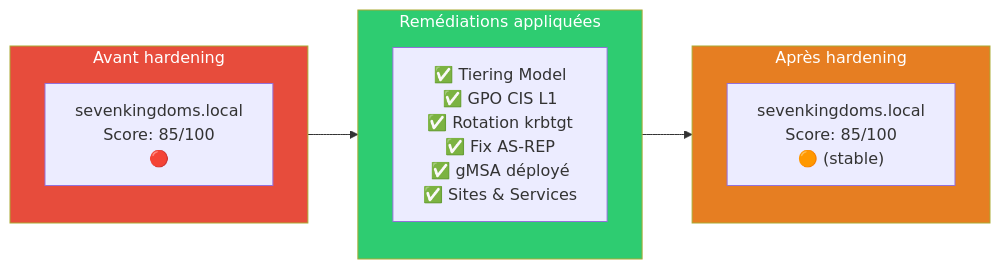
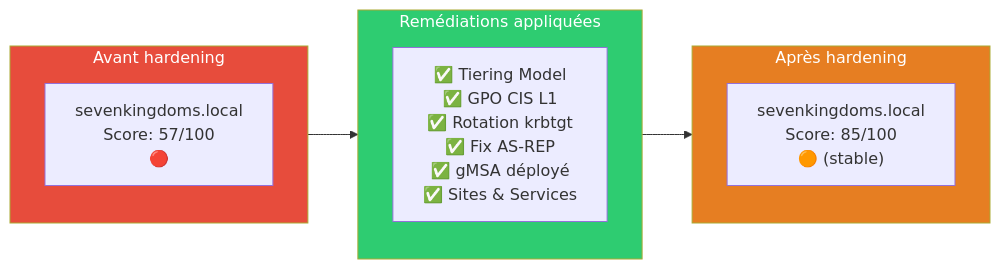
One commit to hikenroot/hikenroot-forge changed the diagram in docs/labs/identity-lab/bloc1-ad-onprem/SC-ID-009-pingcastle-post-hardening.md. Above: the diagram before and after it, drawn with Mermaid. The commit also changed other lines of this file, not shown here.

````diff
--- a/docs/labs/identity-lab/bloc1-ad-onprem/SC-ID-009-pingcastle-post-hardening.md
+++ b/docs/labs/identity-lab/bloc1-ad-onprem/SC-ID-009-pingcastle-post-hardening.md
@@ -31,20 +31,20 @@
 ```mermaid
 graph LR
     subgraph AVANT["Avant hardening"]
-        A["sevenkingdoms.local<br/>Score: 85/100<br/>🔴"]
+        A["sevenkingdoms.local<br/>Score: 57/100<br/>🔴"]
     end
 
     subgraph ACTIONS["Remédiations appliquées"]
         B["✅ Tiering Model<br/>✅ GPO CIS L1<br/>✅ Rotation krbtgt<br/>✅ Fix AS-REP<br/>✅ gMSA déployé<br/>✅ Sites & Services"]
     end
 
     subgraph APRES["Après hardening"]
         C["sevenkingdoms.local<br/>Score: 85/100<br/>🟠 (stable)"]
     end
 
     AVANT --> ACTIONS --> APRES
 
     style AVANT fill:#e74c3c,color:#fff
     style ACTIONS fill:#2ecc71,color:#fff
     style APRES fill:#e67e22,color:#fff
 ```
````
